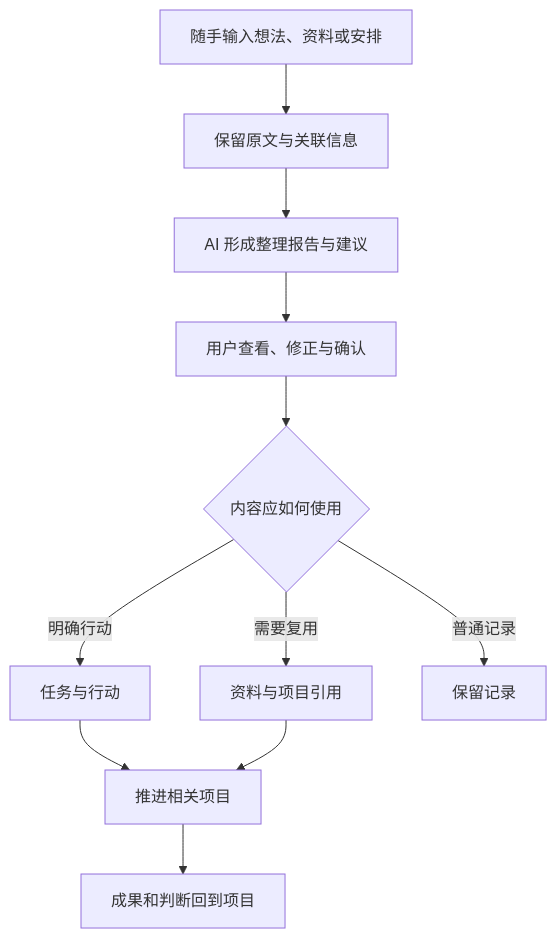
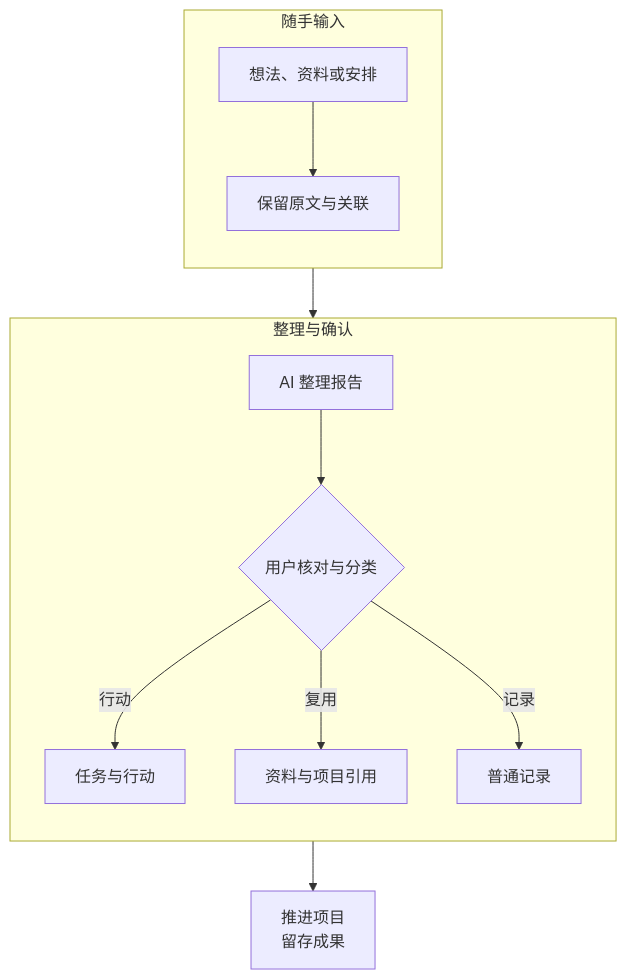
Before and after one commit to cytlabs/personal-site: the first of 2 diagrams in content/cases/intent.md, drawn with Mermaid. The commit also changed other lines of this file and 17 other files, not shown here.

First line of the commit message:
统一图表排版、主题和大图查看 (#15)

````diff
--- a/content/cases/intent.md
+++ b/content/cases/intent.md
@@ -17,13 +17,16 @@
 ```mermaid
 flowchart TD
-    A["随手输入想法、资料或安排"] --> B["保留原文与关联信息"]
-    B --> C["AI 形成整理报告与建议"]
-    C --> D["用户查看、修正与确认"]
-    D --> E{"内容应如何使用"}
-    E -->|明确行动| F["任务与行动"]
-    E -->|需要复用| G["资料与项目引用"]
-    E -->|普通记录| H["保留记录"]
-    F --> I["推进相关项目"]
-    G --> I
-    I --> J["成果和判断回到项目"]
+    subgraph CAPTURE["随手输入"]
+        direction TB
+        A["想法、资料或安排"] --> B["保留原文与关联"]
+    end
+    subgraph ORGANIZE["整理与确认"]
+        direction TB
+        C["AI 整理报告"] --> D{"用户核对与分类"}
+        D -->|行动| E["任务与行动"]
+        D -->|复用| F["资料与项目引用"]
+        D -->|记录| G["普通记录"]
+    end
+    CAPTURE --> ORGANIZE
+    ORGANIZE --> H["推进项目<br/>留存成果"]
 ```
````
